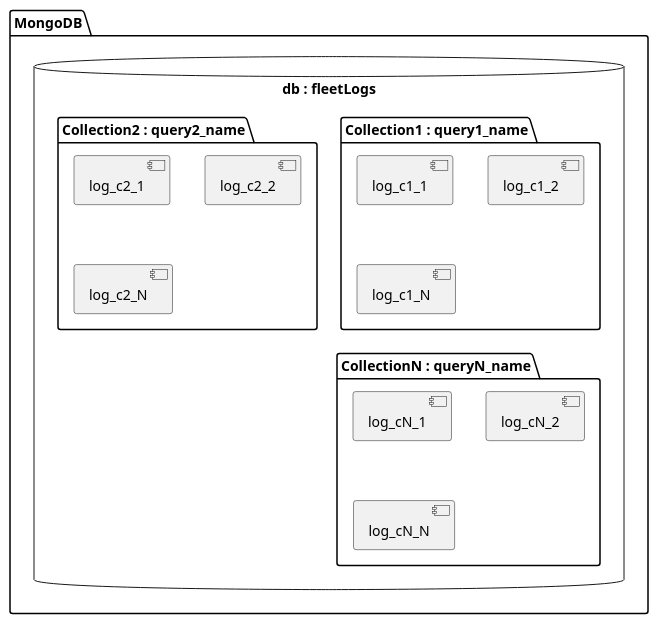
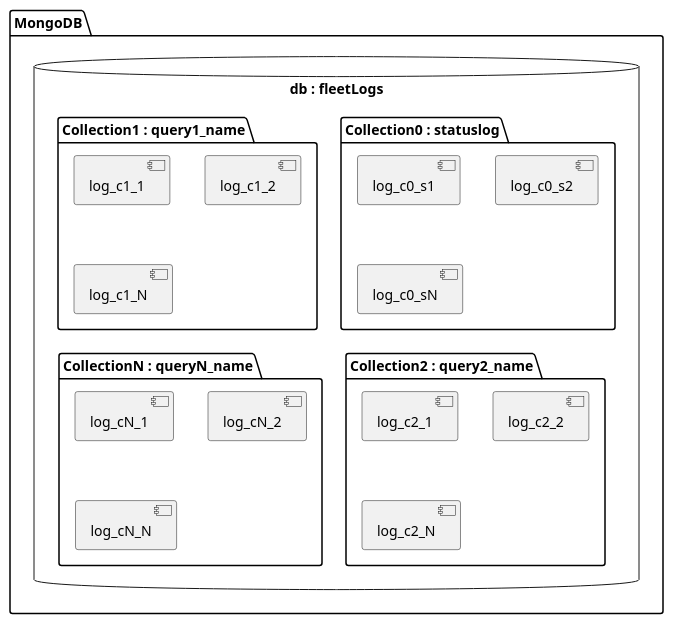
The third of 3 diagrams in mongodb-fleetlogs/db_structure.md (MattiaRiola/go_tutorial), drawn with PlantUML before and after one commit. The commit also changed 1 other file, not shown here.

Commit message:
docs(fleet): add db structure of fleet logs and log examples

````diff
--- a/mongodb-fleetlogs/db_structure.md
+++ b/mongodb-fleetlogs/db_structure.md
@@ -131,27 +131,32 @@
 ```plantuml
 @startuml
 
 package "MongoDB" {
     database "db : fleetLogs" {
+        folder "Collection0 : statuslog" {
+            [log_c0_s1]
+            [log_c0_s2]
+            [log_c0_sN]
+        }
         folder "Collection1 : query1_name" {
             [log_c1_1]
             [log_c1_2]
             [log_c1_N]
         }
         folder "Collection2 : query2_name" {
             [log_c2_1]
             [log_c2_2]
             [log_c2_N]
         }
         folder "CollectionN : queryN_name" {
             [log_cN_1]
             [log_cN_2]
             [log_cN_N]
         }
     }
 
 }
 
 
 @enduml
 ```
````
